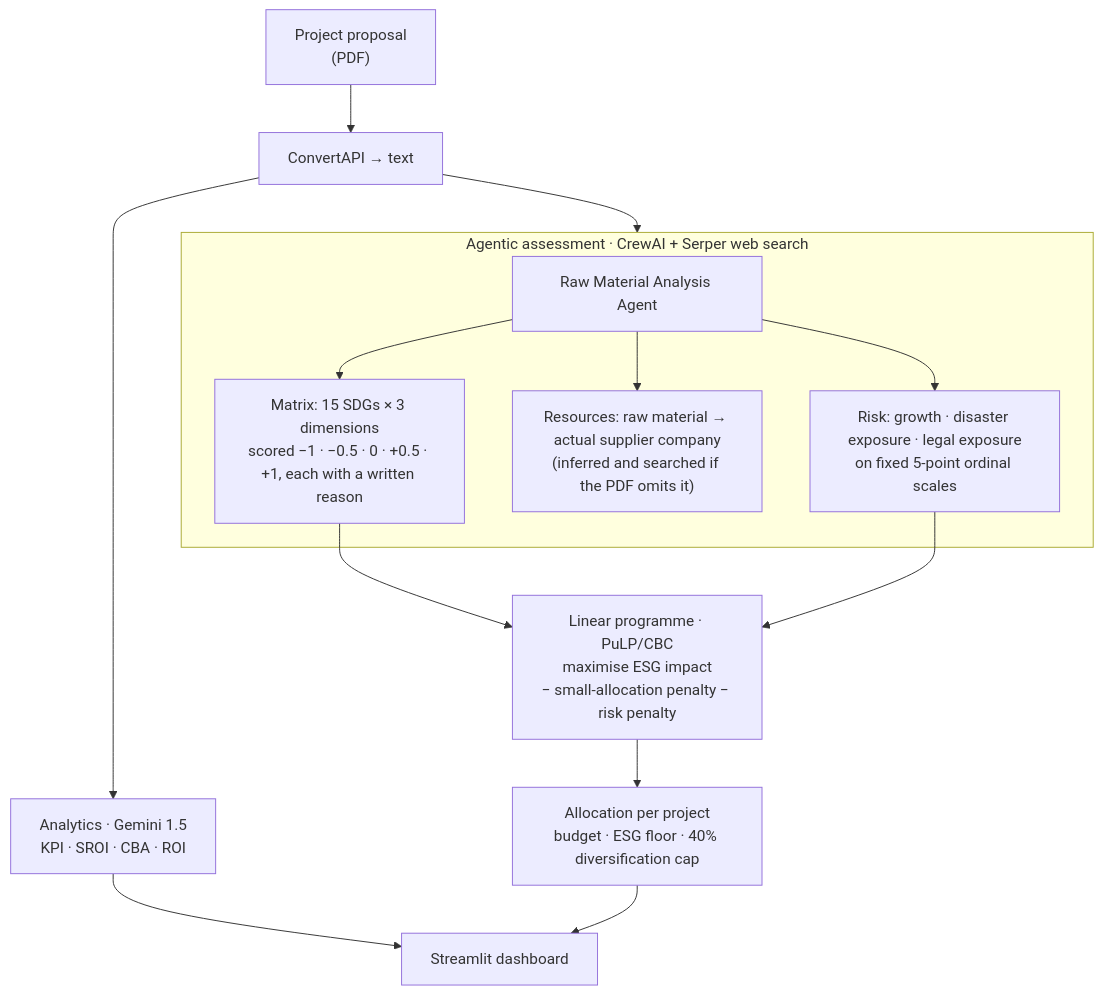
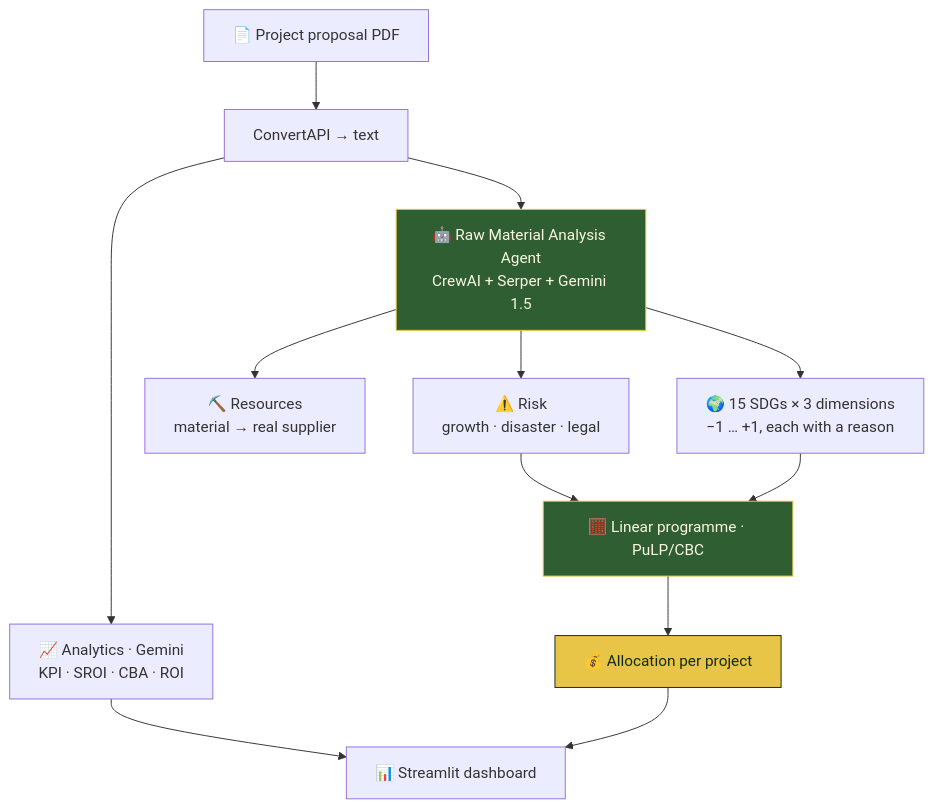
One commit to Vishal-AS-0407/portfolio changed the diagram in gh-readmes/Qubit-GreenFinance/README.md. Above: the diagram before and after it, drawn with Mermaid. The commit also changed other lines of this file and 62 other files, not shown here.

````diff
--- a/gh-readmes/Qubit-GreenFinance/README.md
+++ b/gh-readmes/Qubit-GreenFinance/README.md
@@ -45,21 +94,17 @@
 ```mermaid
-flowchart TB
-    PDF["Project proposal<br/>(PDF)"] --> CONV["ConvertAPI → text"]
-    CONV --> CREW
-
-    subgraph CREW["Agentic assessment · CrewAI + Serper web search"]
-        A["Raw Material Analysis Agent"]
-        A --> R1["Risk: growth · disaster exposure · legal exposure<br/>on fixed 5-point ordinal scales"]
-        A --> R2["Resources: raw material → actual supplier company<br/>(inferred and searched if the PDF omits it)"]
-        A --> R3["Matrix: 15 SDGs × 3 dimensions<br/>scored −1 · −0.5 · 0 · +0.5 · +1, each with a written reason"]
-    end
-
-    CONV --> ANA["Analytics · Gemini 1.5<br/>KPI · SROI · CBA · ROI"]
-
-    R3 --> OPT["Linear programme · PuLP/CBC<br/>maximise ESG impact<br/>− small-allocation penalty − risk penalty"]
-    R1 --> OPT
-    OPT --> ALLOC["Allocation per project<br/>budget · ESG floor · 40% diversification cap"]
-
-    ANA --> UI["Streamlit dashboard"]
+flowchart TD
+    PDF["📄 Project proposal PDF"] --> CONV["ConvertAPI → text"]
+    CONV --> AG["🤖 Raw Material Analysis Agent<br/>CrewAI + Serper + Gemini 1.5"]
+    AG --> R1["⚠️ Risk<br/>growth · disaster · legal"]
+    AG --> R2["⛏️ Resources<br/>material → real supplier"]
+    AG --> R3["🌍 15 SDGs × 3 dimensions<br/>−1 … +1, each with a reason"]
+    CONV --> ANA["📈 Analytics · Gemini<br/>KPI · SROI · CBA · ROI"]
+    R1 --> OPT["🧮 Linear programme · PuLP/CBC"]
+    R3 --> OPT
+    OPT --> ALLOC["💰 Allocation per project"]
+    ANA --> UI["📊 Streamlit dashboard"]
     ALLOC --> UI
+    style AG fill:#2F5E33,stroke:#E8C547,color:#FBF6E0
+    style OPT fill:#2F5E33,stroke:#E8C547,color:#FBF6E0
+    style ALLOC fill:#E8C547,stroke:#0F2A1C,color:#0F2A1C
 ```
````
